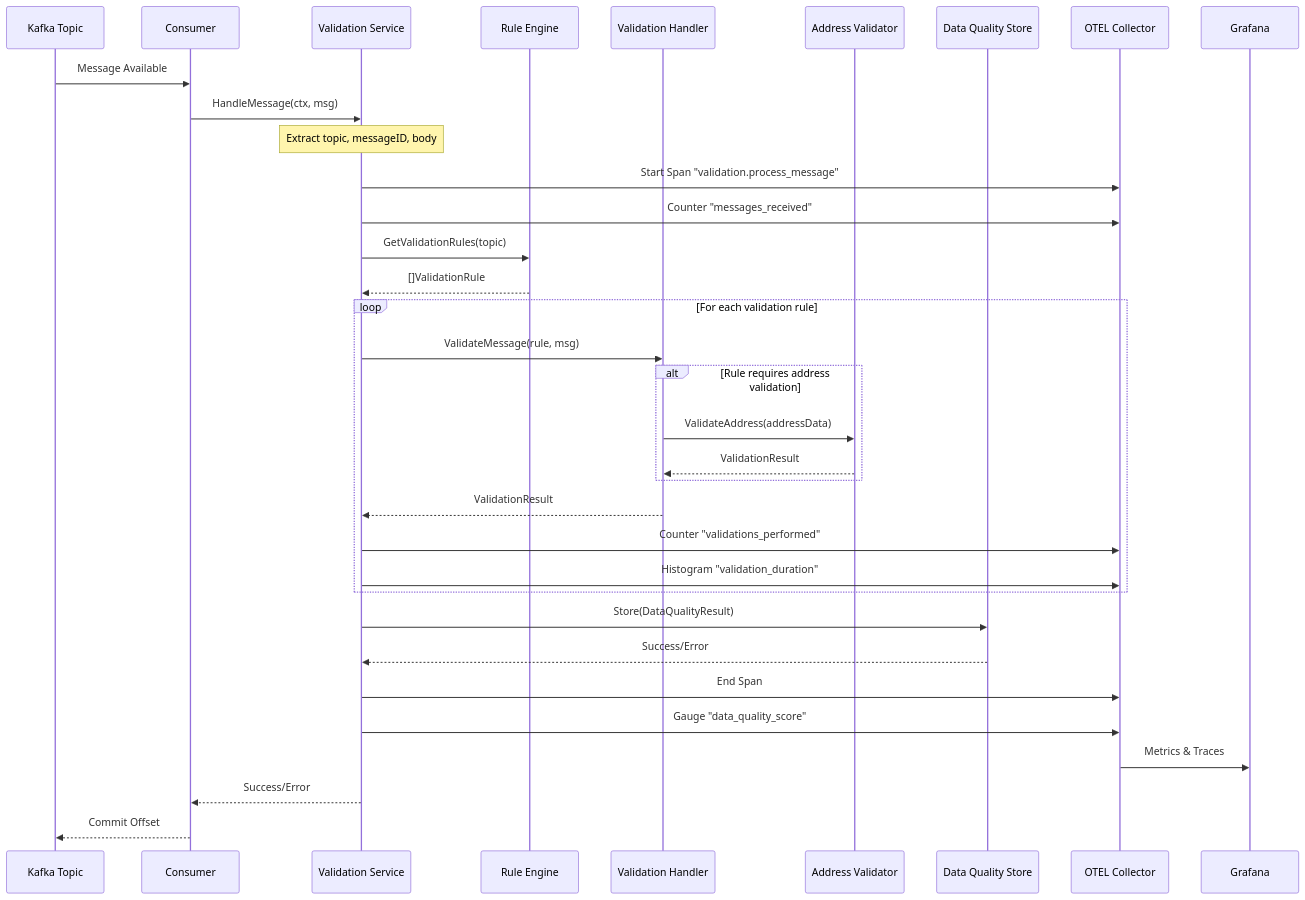
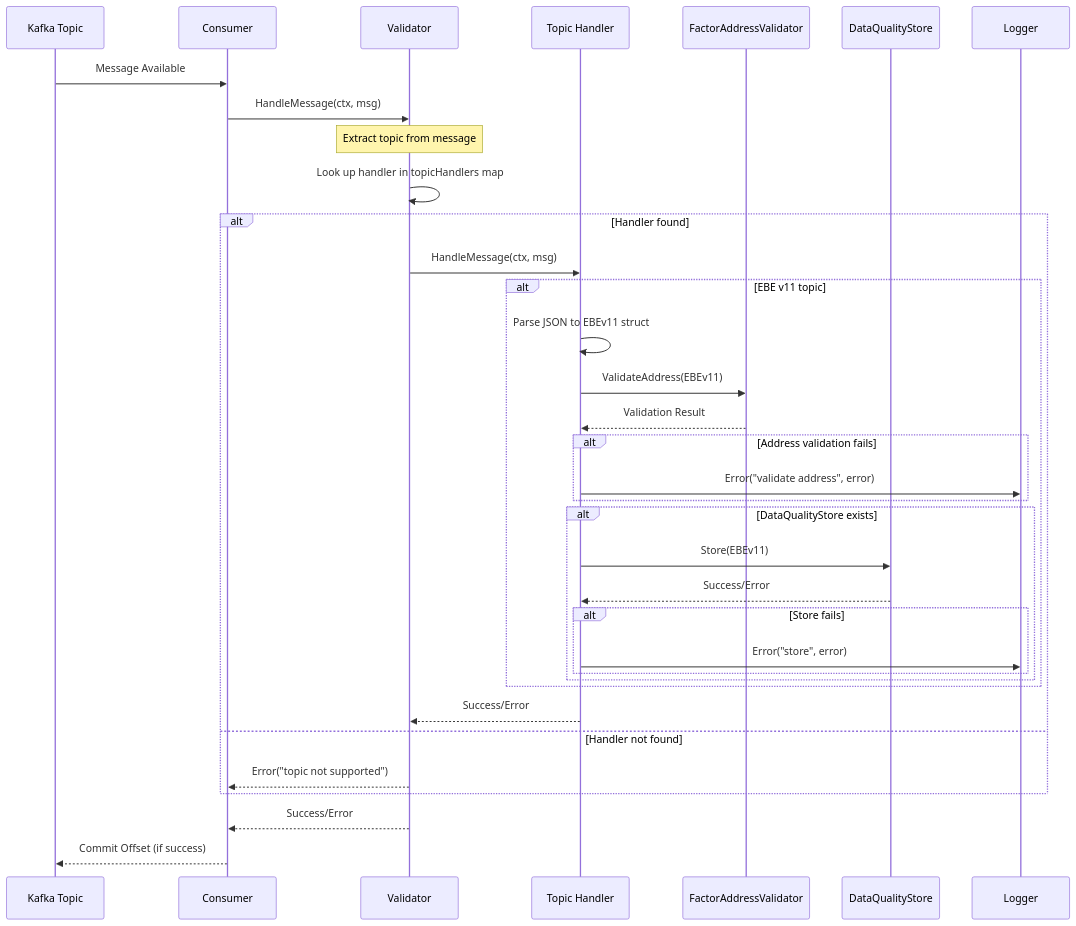
The second of 9 diagrams in docs/VALIDATION_SERVICE_FLOW.md (Joematpal/kafka-stream), drawn with Mermaid before and after one commit. The commit also changed other lines of this file and 1 other file, not shown here.

````diff
--- a/docs/VALIDATION_SERVICE_FLOW.md
+++ b/docs/VALIDATION_SERVICE_FLOW.md
@@ -80,46 +80,46 @@
 ```mermaid
 sequenceDiagram
     participant K as Kafka Topic
     participant C as Consumer
-    participant VS as Validation Service
-    participant RE as Rule Engine
-    participant VH as Validation Handler
-    participant AV as Address Validator
-    participant DQ as Data Quality Store
-    participant OTEL as OTEL Collector
-    participant G as Grafana
+    participant VS as Validator
+    participant TH as Topic Handler
+    participant AV as FactorAddressValidator
+    participant DQ as DataQualityStore
+    participant L as Logger
 
     K->>C: Message Available
     C->>VS: HandleMessage(ctx, msg)
     
-    Note over VS: Extract topic, messageID, body
-    VS->>OTEL: Start Span "validation.process_message"
-    VS->>OTEL: Counter "messages_received"
+    Note over VS: Extract topic from message
+    VS->>VS: Look up handler in topicHandlers map
     
-    VS->>RE: GetValidationRules(topic)
-    RE-->>VS: []ValidationRule
-    
-    loop For each validation rule
-        VS->>VH: ValidateMessage(rule, msg)
+    alt Handler found
+        VS->>TH: HandleMessage(ctx, msg)
         
-        alt Rule requires address validation
-            VH->>AV: ValidateAddress(addressData)
-            AV-->>VH: ValidationResult
+        alt EBE v11 topic
+            TH->>TH: Parse JSON to EBEv11 struct
+            TH->>AV: ValidateAddress(EBEv11)
+            AV-->>TH: Validation Result
+            
+            alt Address validation fails
+                TH->>L: Error("validate address", error)
+            end
+            
+            alt DataQualityStore exists
+                TH->>DQ: Store(EBEv11)
+                DQ-->>TH: Success/Error
+                
+                alt Store fails
+                    TH->>L: Error("store", error)
+                end
+            end
         end
         
-        VH-->>VS: ValidationResult
-        VS->>OTEL: Counter "validations_performed"
-        VS->>OTEL: Histogram "validation_duration"
+        TH-->>VS: Success/Error
+    else Handler not found
+        VS-->>C: Error("topic not supported")
     end
     
-    VS->>DQ: Store(DataQualityResult)
-    DQ-->>VS: Success/Error
-    
-    VS->>OTEL: End Span
-    VS->>OTEL: Gauge "data_quality_score"
-    
-    OTEL->>G: Metrics & Traces
-    
     VS-->>C: Success/Error
-    C-->>K: Commit Offset
+    C-->>K: Commit Offset (if success)
 ```
````
